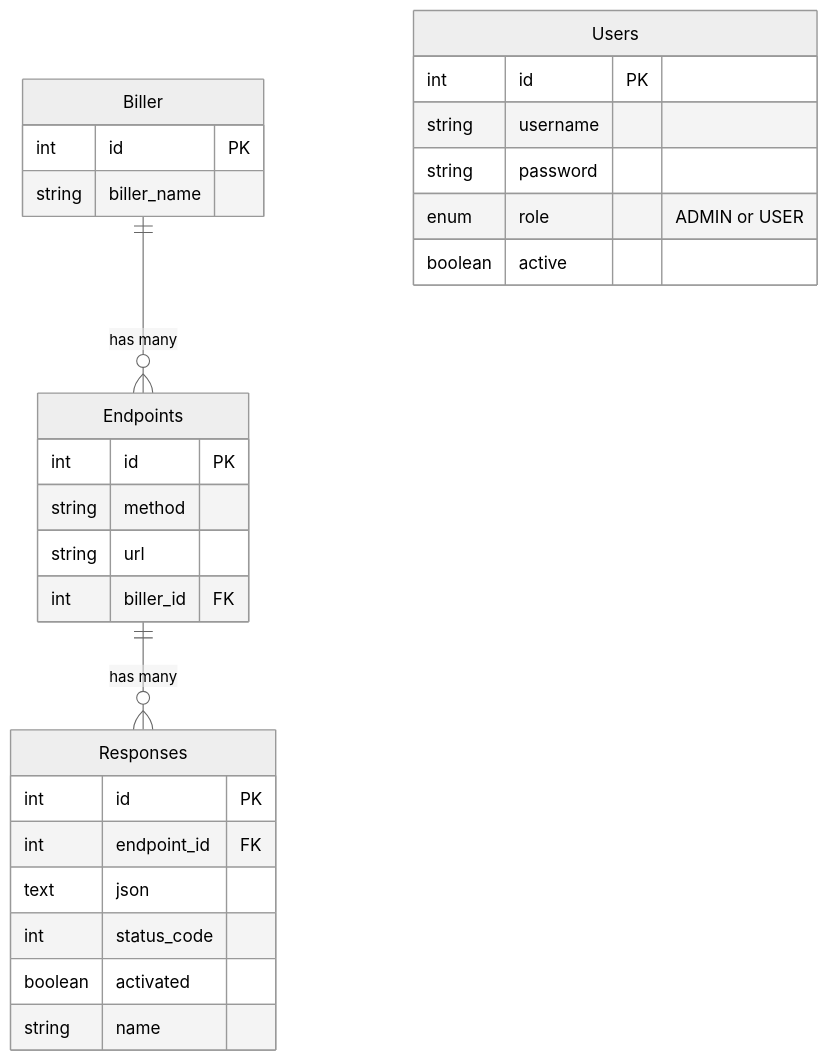
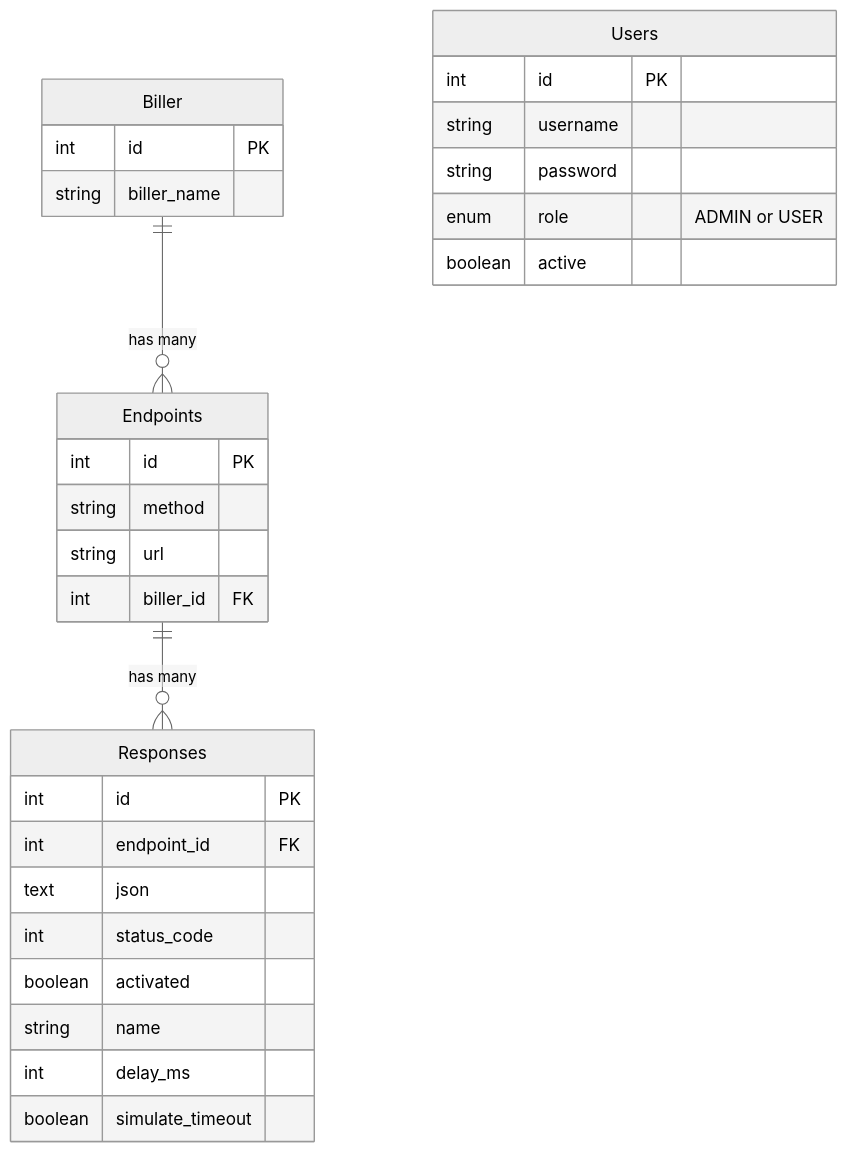
Before and after one commit to fleetimee/verbose-doodle: the diagram in req_res.md, drawn with Mermaid (neutral theme). The commit also changed other lines of this file and 1 other file, not shown here.

````diff
--- a/req_res.md
+++ b/req_res.md
@@ -5,34 +5,36 @@
 ```mermaid
 erDiagram
     Biller ||--o{ Endpoints : "has many"
     Endpoints ||--o{ Responses : "has many"
 
     Biller {
         int id PK
         string biller_name
     }
 
     Endpoints {
         int id PK
         string method
         string url
         int biller_id FK
     }
 
     Responses {
         int id PK
         int endpoint_id FK
         text json
         int status_code
         boolean activated
         string name
+        int delay_ms
+        boolean simulate_timeout
     }
 
     Users {
         int id PK
         string username
         string password
         enum role "ADMIN or USER"
         boolean active
     }
 ```
````
